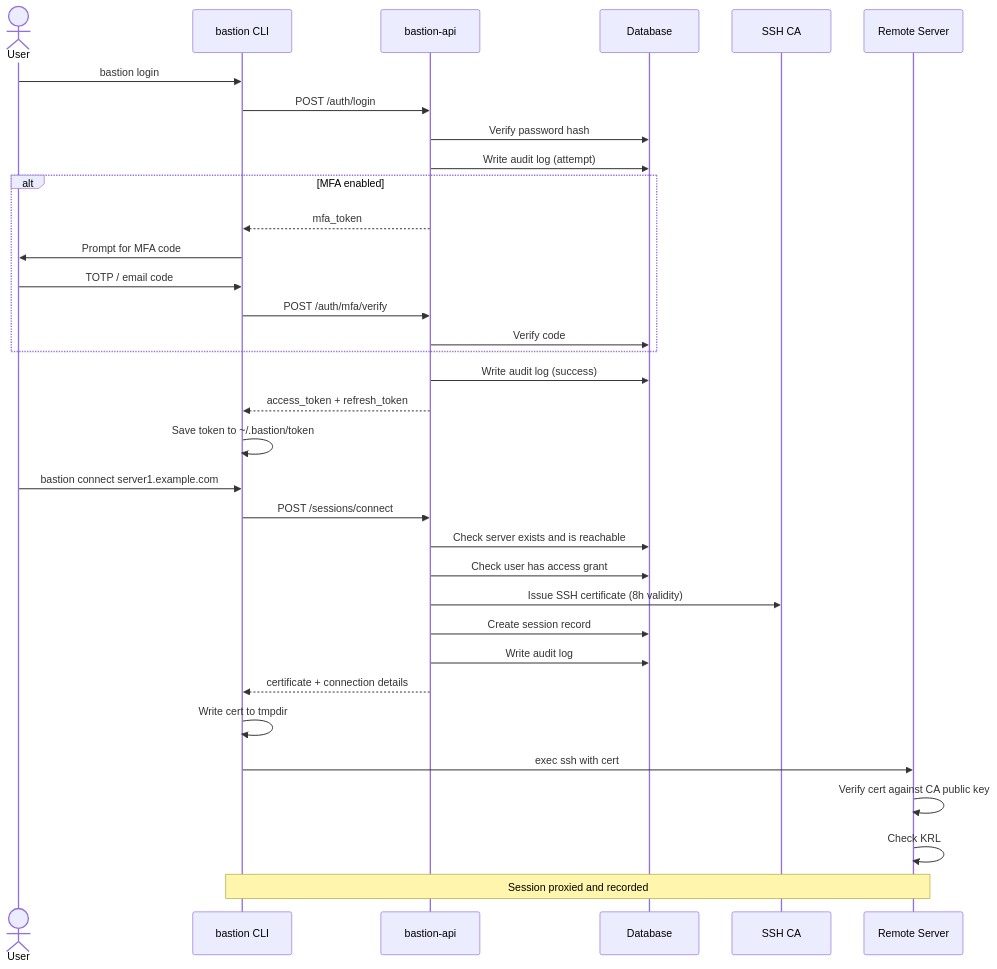
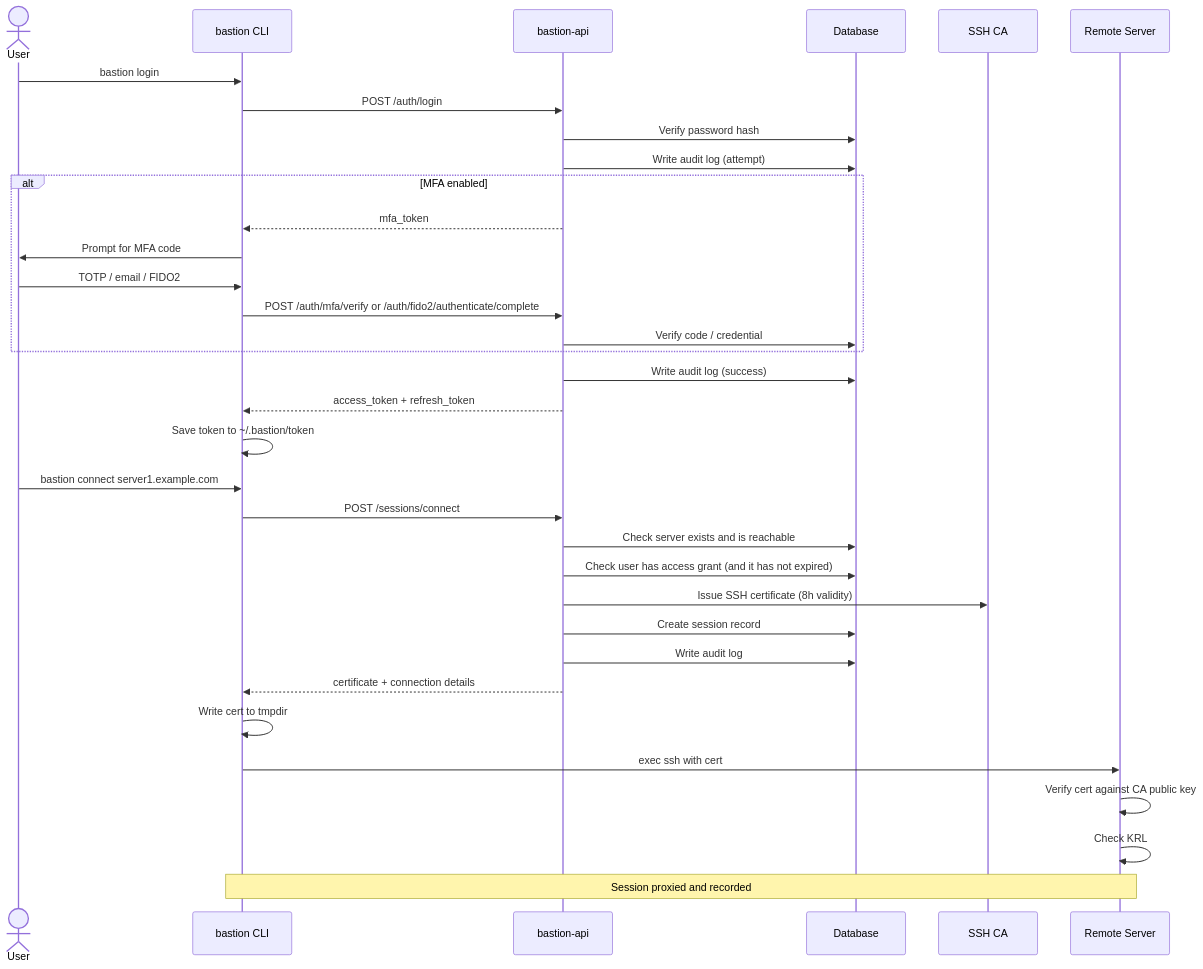
The second of 7 diagrams in docs/architecture.md (disappointingsupernova/bastion), drawn with Mermaid before and after one commit. The commit also changed other lines of this file and 9 other files, not shown here.

````diff
--- a/docs/architecture.md
+++ b/docs/architecture.md
@@ -114,38 +134,38 @@
 ```mermaid
 sequenceDiagram
     actor User
     participant CLI as bastion CLI
     participant API as bastion-api
     participant DB as Database
     participant CA as SSH CA
     participant Remote as Remote Server
 
     User->>CLI: bastion login
     CLI->>API: POST /auth/login
     API->>DB: Verify password hash
     API->>DB: Write audit log (attempt)
     alt MFA enabled
         API-->>CLI: mfa_token
         CLI->>User: Prompt for MFA code
-        User->>CLI: TOTP / email code
-        CLI->>API: POST /auth/mfa/verify
-        API->>DB: Verify code
+        User->>CLI: TOTP / email / FIDO2
+        CLI->>API: POST /auth/mfa/verify or /auth/fido2/authenticate/complete
+        API->>DB: Verify code / credential
     end
     API->>DB: Write audit log (success)
     API-->>CLI: access_token + refresh_token
     CLI->>CLI: Save token to ~/.bastion/token
 
     User->>CLI: bastion connect server1.example.com
     CLI->>API: POST /sessions/connect
     API->>DB: Check server exists and is reachable
-    API->>DB: Check user has access grant
+    API->>DB: Check user has access grant (and it has not expired)
     API->>CA: Issue SSH certificate (8h validity)
     API->>DB: Create session record
     API->>DB: Write audit log
     API-->>CLI: certificate + connection details
     CLI->>CLI: Write cert to tmpdir
     CLI->>Remote: exec ssh with cert
     Remote->>Remote: Verify cert against CA public key
     Remote->>Remote: Check KRL
     Note over CLI,Remote: Session proxied and recorded
 ```
````
